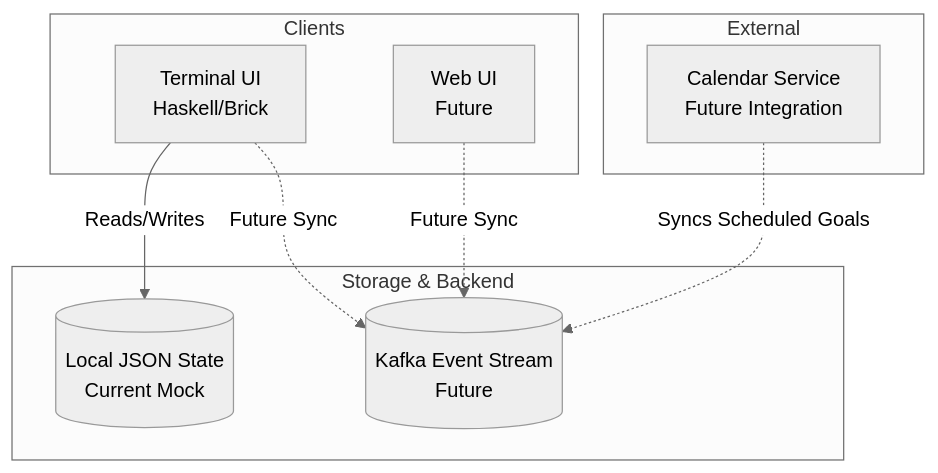
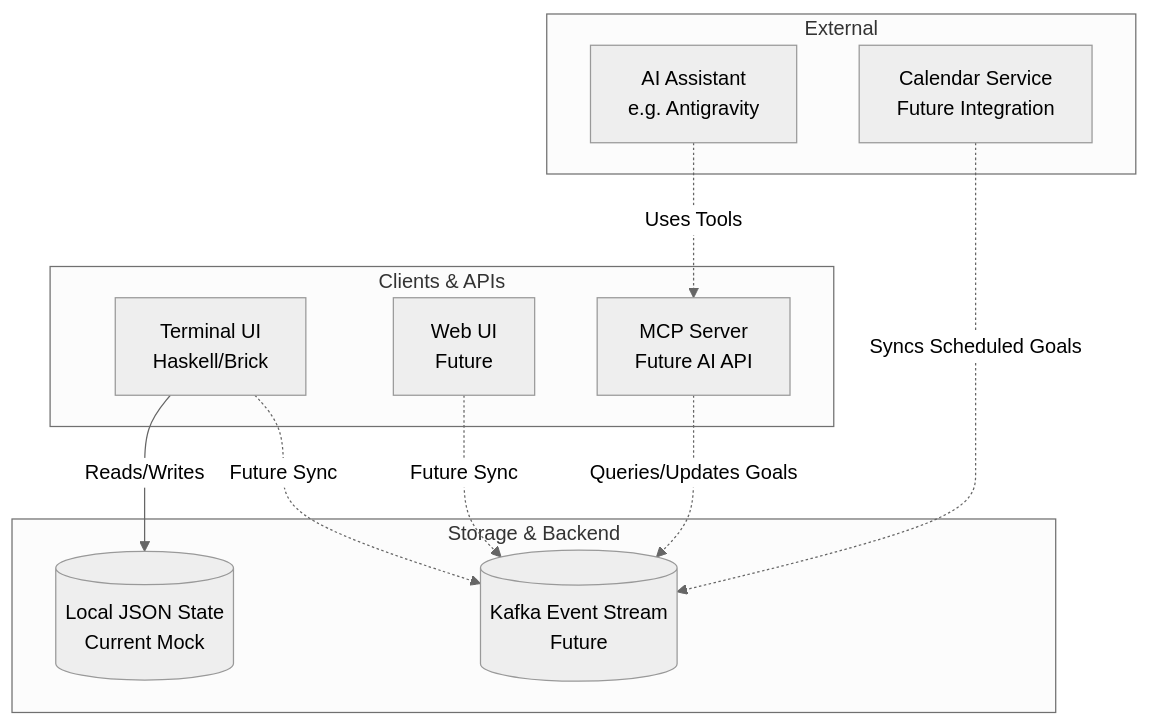
Before and after one commit to jsirsch/_next-goal: the diagram in README.md, drawn with Mermaid (neutral theme).

Commit message:
Docs: Add MCP server to architecture overview

````diff
--- a/README.md
+++ b/README.md
@@ -15,22 +15,26 @@
 ```mermaid
 flowchart TD
-    subgraph Clients
+    subgraph Clients & APIs
         TUI[Terminal UI<br/>Haskell/Brick]
         Web[Web UI<br/>Future]
+        MCP[MCP Server<br/>Future AI API]
     end
 
     subgraph Storage & Backend
         LocalFile[(Local JSON State<br/>Current Mock)]
         EventStream[(Kafka Event Stream<br/>Future)]
     end
 
     subgraph External
         Calendar[Calendar Service<br/>Future Integration]
+        AI[AI Assistant<br/>e.g. Antigravity]
     end
 
     TUI -->|Reads/Writes| LocalFile
     TUI -.->|Future Sync| EventStream
     Web -.->|Future Sync| EventStream
+    MCP -.->|Queries/Updates Goals| EventStream
     
     Calendar -.->|Syncs Scheduled Goals| EventStream
+    AI -.->|Uses Tools| MCP
 ```
````
